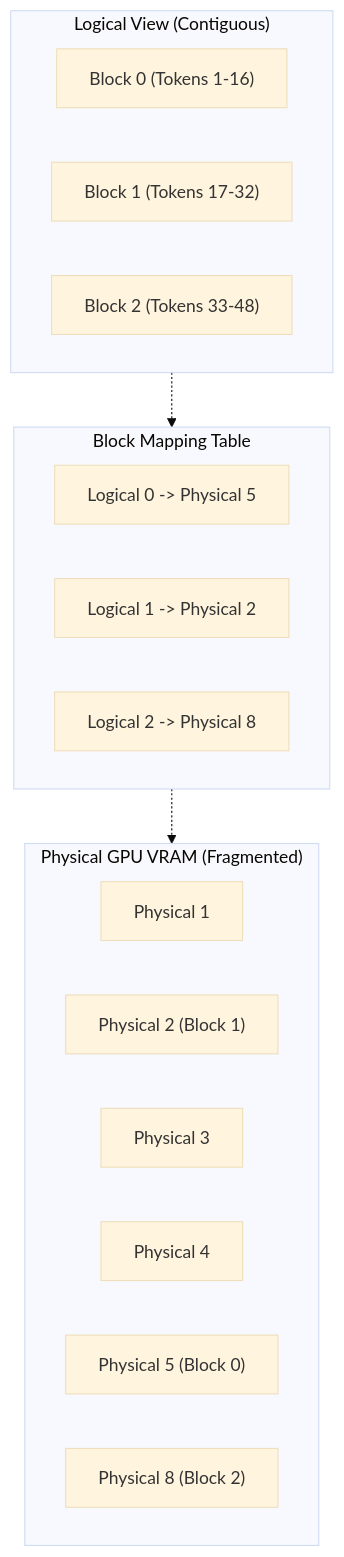
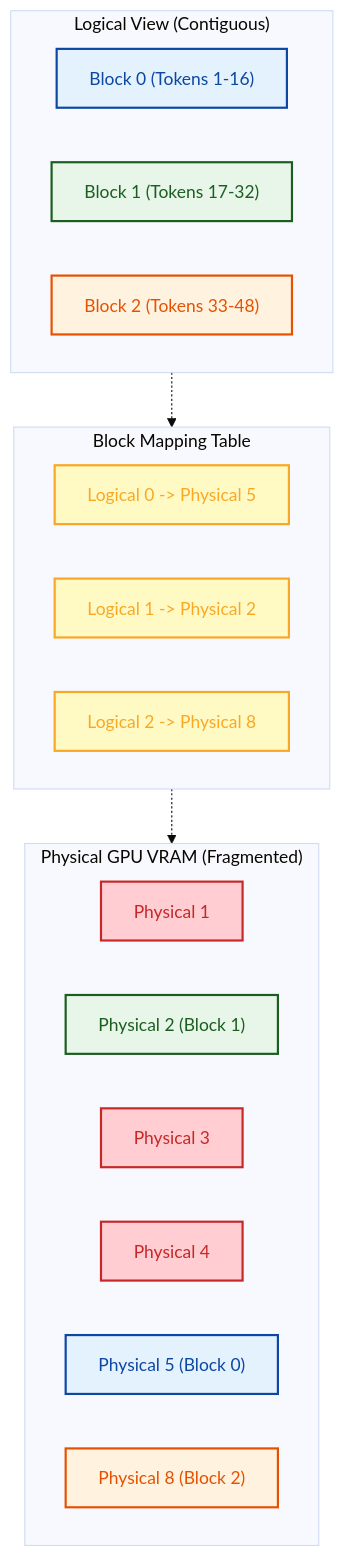
Before and after one commit to GyanendraChaubey/AI-Engineering-Notes: the first of 2 diagrams in docs/12-deployment/README.md, drawn with Mermaid (base theme). The commit also changed other lines of this file and 15 other files, not shown here.

Commit message:
style: apply light color palette to remaining Mermaid diagrams (docs 15 & 16)

````diff
--- a/docs/12-deployment/README.md
+++ b/docs/12-deployment/README.md
@@ -51,26 +51,38 @@
 ```mermaid
 flowchart TD
     subgraph Logical_KV_Space ["Logical View (Contiguous)"]
         A["Block 0 (Tokens 1-16)"]
         B["Block 1 (Tokens 17-32)"]
         C["Block 2 (Tokens 33-48)"]
     end
     
     subgraph Block_Table ["Block Mapping Table"]
         D["Logical 0 -> Physical 5"]
         E["Logical 1 -> Physical 2"]
         F["Logical 2 -> Physical 8"]
     end
     
     subgraph Physical_VRAM ["Physical GPU VRAM (Fragmented)"]
         P1["Physical 1"]
         P2["Physical 2 (Block 1)"]
         P3["Physical 3"]
         P4["Physical 4"]
         P5["Physical 5 (Block 0)"]
         P8["Physical 8 (Block 2)"]
     end
     
     Logical_KV_Space -.-> Block_Table
     Block_Table -.-> Physical_VRAM
+    style A fill:#e3f2fd,stroke:#0d47a1,stroke-width:2px,color:#0d47a1
+    style B fill:#e8f5e9,stroke:#1b5e20,stroke-width:2px,color:#1b5e20
+    style C fill:#fff3e0,stroke:#e65100,stroke-width:2px,color:#e65100
+    style D fill:#fff9c4,stroke:#f9a825,stroke-width:2px,color:#f9a825
+    style E fill:#fff9c4,stroke:#f9a825,stroke-width:2px,color:#f9a825
+    style F fill:#fff9c4,stroke:#f9a825,stroke-width:2px,color:#f9a825
+    style P1 fill:#ffcdd2,stroke:#c62828,stroke-width:2px,color:#c62828
+    style P2 fill:#e8f5e9,stroke:#1b5e20,stroke-width:2px,color:#1b5e20
+    style P3 fill:#ffcdd2,stroke:#c62828,stroke-width:2px,color:#c62828
+    style P4 fill:#ffcdd2,stroke:#c62828,stroke-width:2px,color:#c62828
+    style P5 fill:#e3f2fd,stroke:#0d47a1,stroke-width:2px,color:#0d47a1
+    style P8 fill:#fff3e0,stroke:#e65100,stroke-width:2px,color:#e65100
 ```
````
